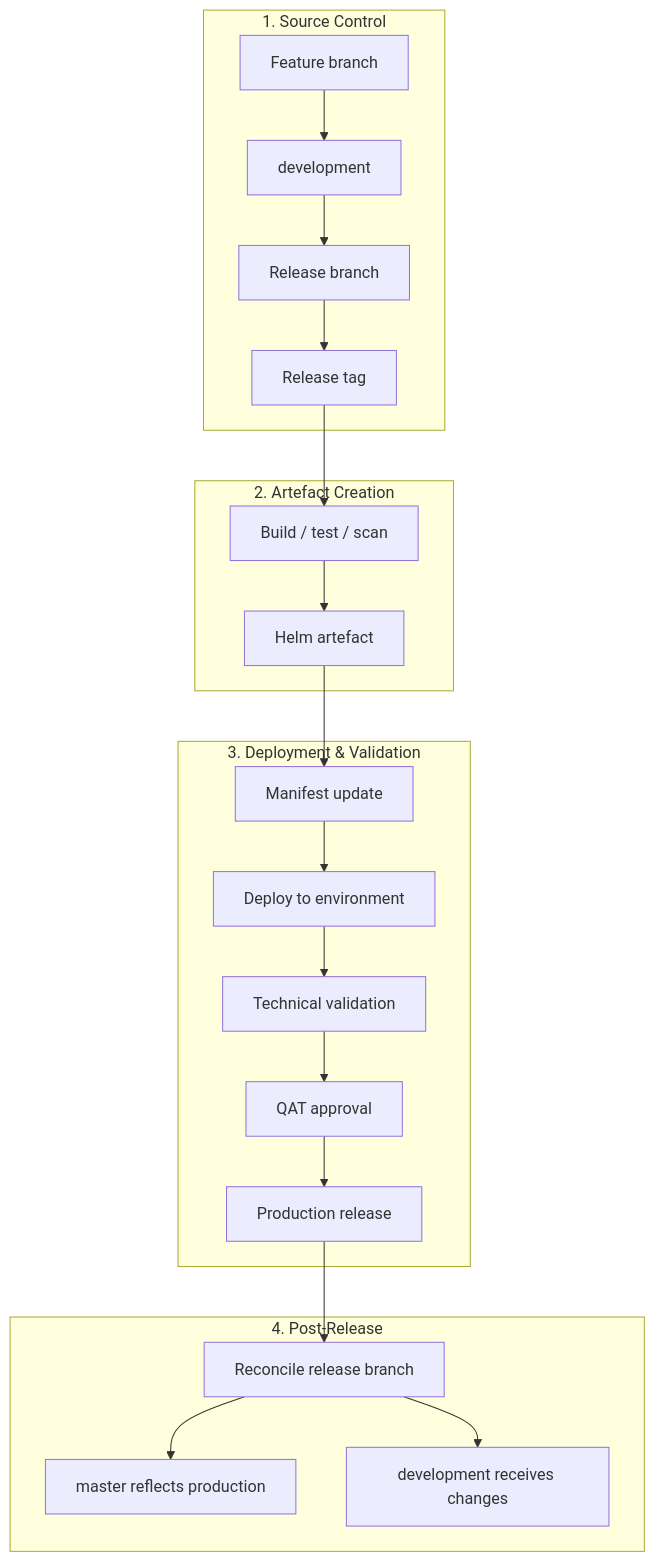
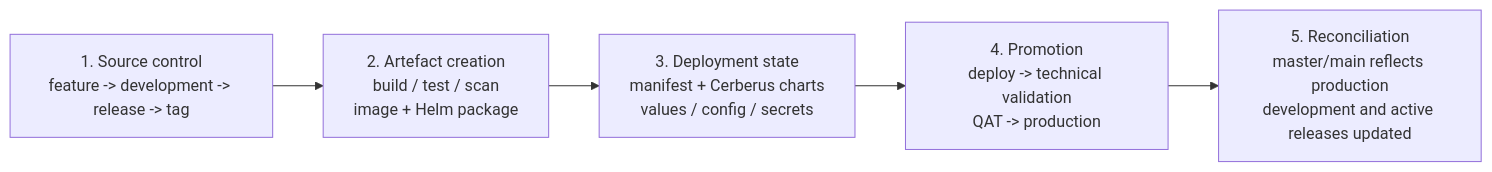
One commit to benanaktaspusulait/branching-strategy changed the first of 3 diagrams in docs/current-release-operating-model.md. Above: the diagram before and after it, drawn with Mermaid. The commit also changed other lines of this file and 19 other files, not shown here.

````diff
--- a/docs/current-release-operating-model.md
+++ b/docs/current-release-operating-model.md
@@ -73,35 +59,10 @@
 ```mermaid
-flowchart TD
-  subgraph SC["1. Source Control"]
-    FB["Feature branch"] --> DEV["development"]
-    DEV --> REL["Release branch"]
-    REL --> TAG["Release tag"]
-  end
+flowchart LR
+  A["1. Source control<br/>feature -> development -> release -> tag"]
+  B["2. Artefact creation<br/>build / test / scan<br/>image + Helm package"]
+  C["3. Deployment state<br/>manifest + Cerberus charts<br/>values / config / secrets"]
+  D["4. Promotion<br/>deploy -> technical validation<br/>QAT -> production"]
+  E["5. Reconciliation<br/>master/main reflects production<br/>development and active releases updated"]
 
-  subgraph BUILD["2. Artefact Creation"]
-    CI["Build / test / scan"]
-    HELM["Helm artefact"]
-    CI --> HELM
-  end
-
-  subgraph DEPLOY["3. Deployment & Validation"]
-    MAN["Manifest update"]
-    ENV["Deploy to environment"]
-    TECH["Technical validation"]
-    QAT["QAT approval"]
-    PROD["Production release"]
-    MAN --> ENV --> TECH --> QAT --> PROD
-  end
-
-  subgraph POST["4. Post-Release"]
-    REC["Reconcile release branch"]
-    MASTER["master reflects production"]
-    DEVBACK["development receives changes"]
-    REC --> MASTER
-    REC --> DEVBACK
-  end
-
-  TAG --> CI
-  HELM --> MAN
-  PROD --> REC
+  A --> B --> C --> D --> E
 ```
````
